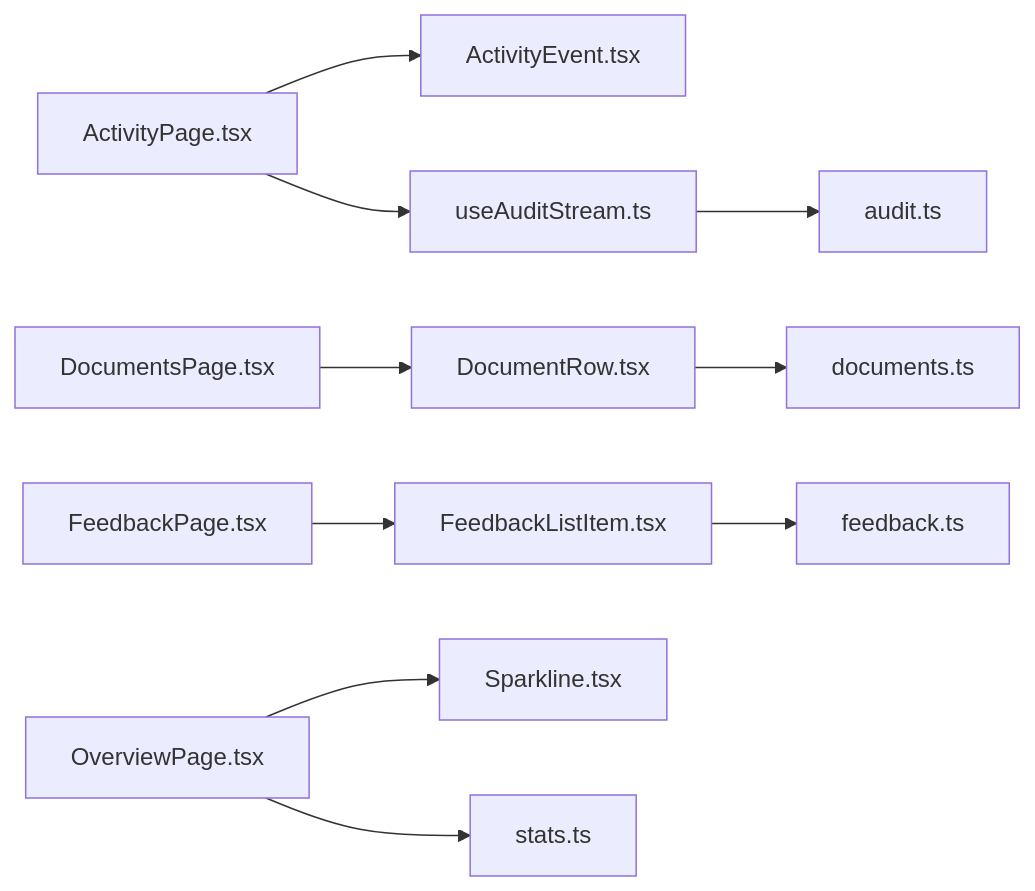
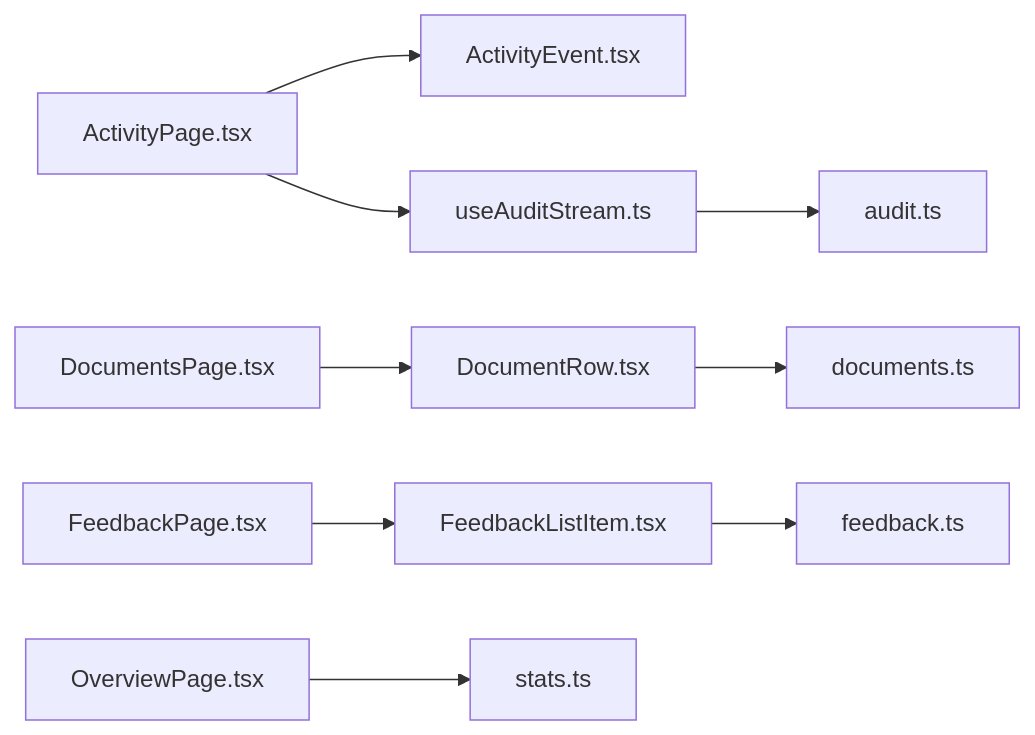
Before and after one commit to genes8/private-ai: the eighth of 8 diagrams in .qoder/repowiki/en/content/Design System/Component Library/Administrative Components.md, drawn with Mermaid. The commit also changed other lines of this file and 19 other files, not shown here.

````diff
--- a/.qoder/repowiki/en/content/Design System/Component Library/Administrative Components.md
+++ b/.qoder/repowiki/en/content/Design System/Component Library/Administrative Components.md
@@ -360,12 +354,11 @@
 ```mermaid
 graph LR
 AP["ActivityPage.tsx"] --> AE["ActivityEvent.tsx"]
 AP --> UA["useAuditStream.ts"]
 UA --> AT["audit.ts"]
 DP["DocumentsPage.tsx"] --> DR["DocumentRow.tsx"]
 DR --> DT["documents.ts"]
 FP["FeedbackPage.tsx"] --> FL["FeedbackListItem.tsx"]
 FL --> FD["feedback.ts"]
-OP["OverviewPage.tsx"] --> SP["Sparkline.tsx"]
-OP --> ST["stats.ts"]
+OP["OverviewPage.tsx"] --> ST["stats.ts"]
 ```
````
